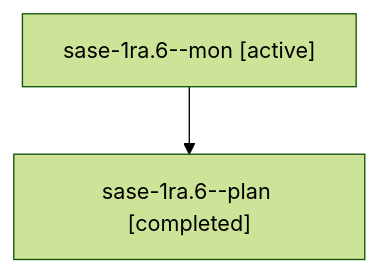
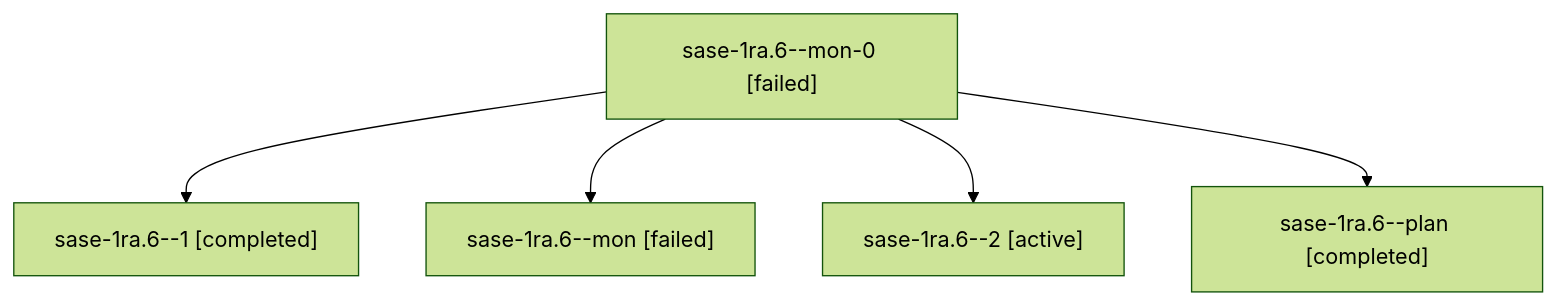
The diagram in sessions/bbugyi200.athena.sase-1ra.6.md (sase-org/sase--agents), drawn with Mermaid (forest theme) before and after one commit. The commit also changed other lines of this file and 68 other files, not shown here.

````diff
--- a/sessions/bbugyi200.athena.sase-1ra.6.md
+++ b/sessions/bbugyi200.athena.sase-1ra.6.md
@@ -9,6 +9,12 @@
 ```mermaid
 flowchart TD
-  n0["sase-1ra.6--mon [active]"]
-  n1["sase-1ra.6--plan [completed]"]
+  n0["sase-1ra.6--mon-0 [failed]"]
+  n1["sase-1ra.6--1 [completed]"]
   n0 --> n1
+  n2["sase-1ra.6--mon [failed]"]
+  n0 --> n2
+  n3["sase-1ra.6--2 [active]"]
+  n0 --> n3
+  n4["sase-1ra.6--plan [completed]"]
+  n0 --> n4
 ```
````
